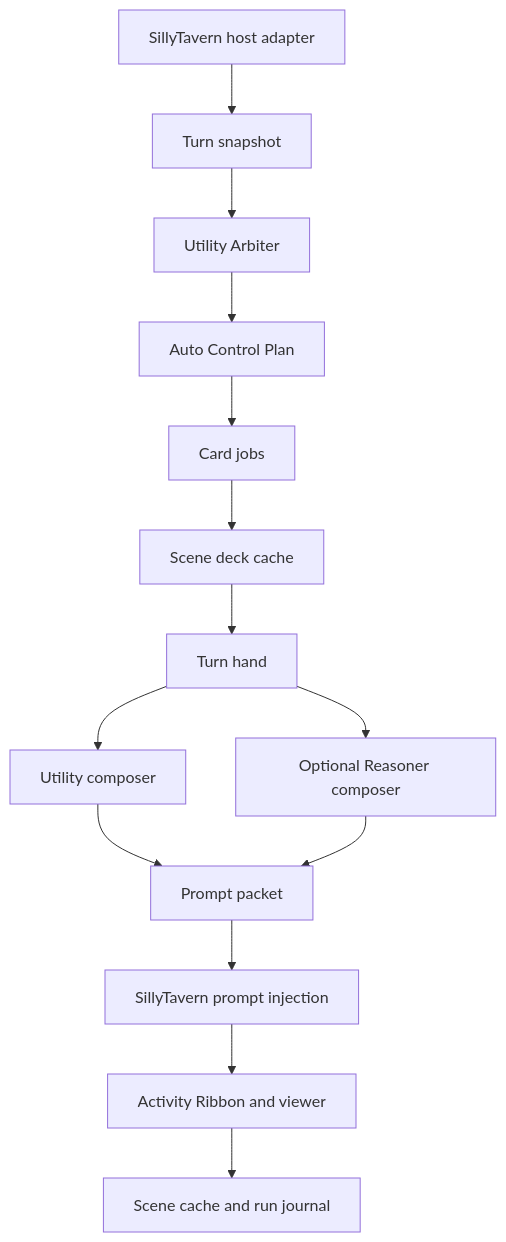
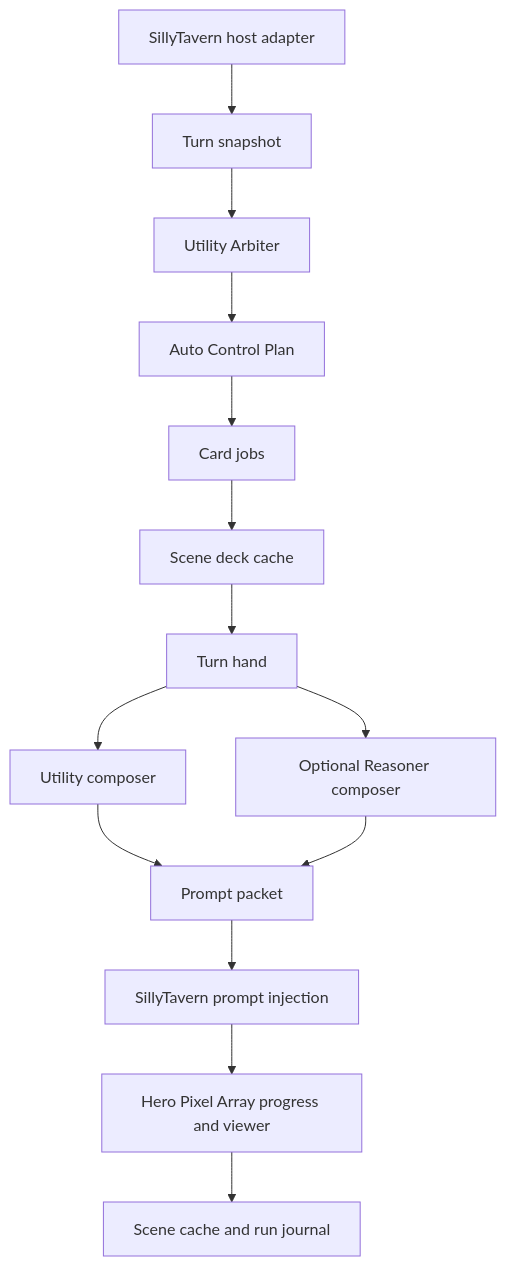
One commit to MentallyQuill/Recursion changed the diagram in docs/technical/RECURSION_TECHNICAL_MANUAL.md. Above: the diagram before and after it, drawn with Mermaid. The commit also changed other lines of this file and 34 other files, not shown here.

````diff
--- a/docs/technical/RECURSION_TECHNICAL_MANUAL.md
+++ b/docs/technical/RECURSION_TECHNICAL_MANUAL.md
@@ -13,16 +13,16 @@
 ```mermaid
 flowchart TD
     Host["SillyTavern host adapter"] --> Snapshot["Turn snapshot"]
     Snapshot --> Arbiter["Utility Arbiter"]
     Arbiter --> Plan["Auto Control Plan"]
     Plan --> Jobs["Card jobs"]
     Jobs --> Deck["Scene deck cache"]
     Deck --> Hand["Turn hand"]
     Hand --> Composer["Utility composer"]
     Hand --> Reasoner["Optional Reasoner composer"]
     Composer --> Packet["Prompt packet"]
     Reasoner --> Packet
     Packet --> Inject["SillyTavern prompt injection"]
-    Inject --> Activity["Activity Ribbon and viewer"]
+    Inject --> Activity["Hero Pixel Array progress and viewer"]
     Activity --> Storage["Scene cache and run journal"]
 ```
````
